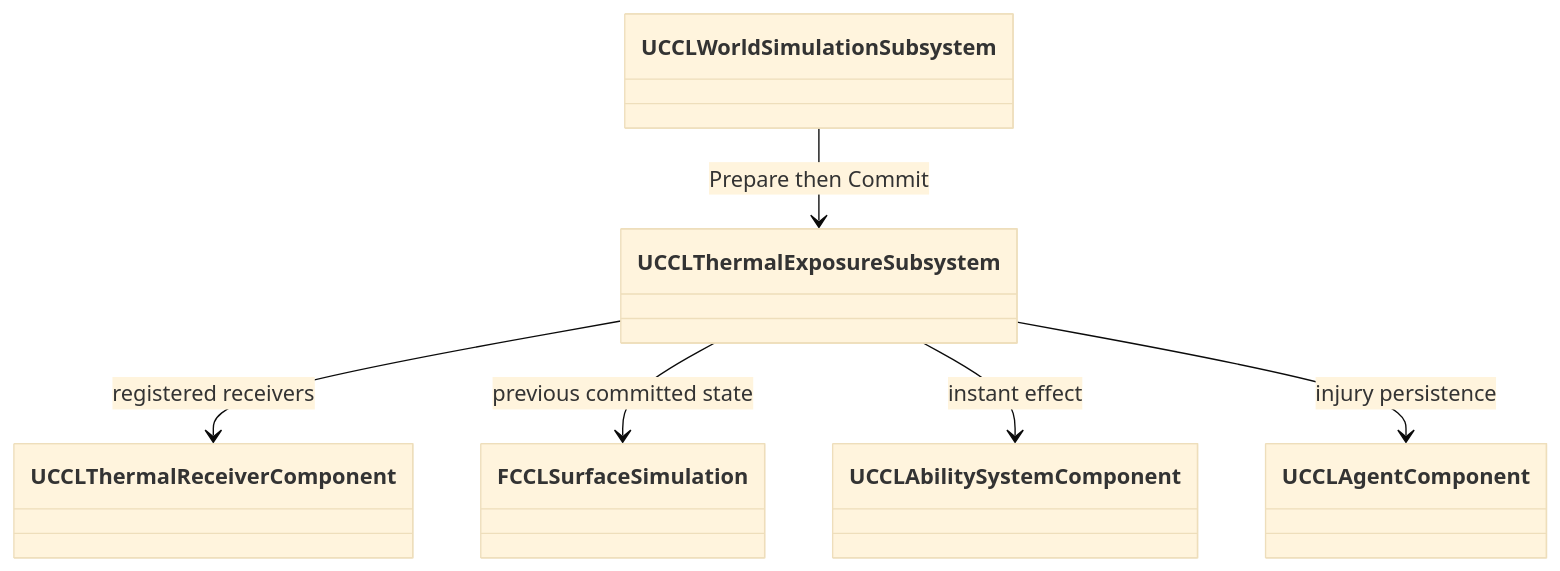
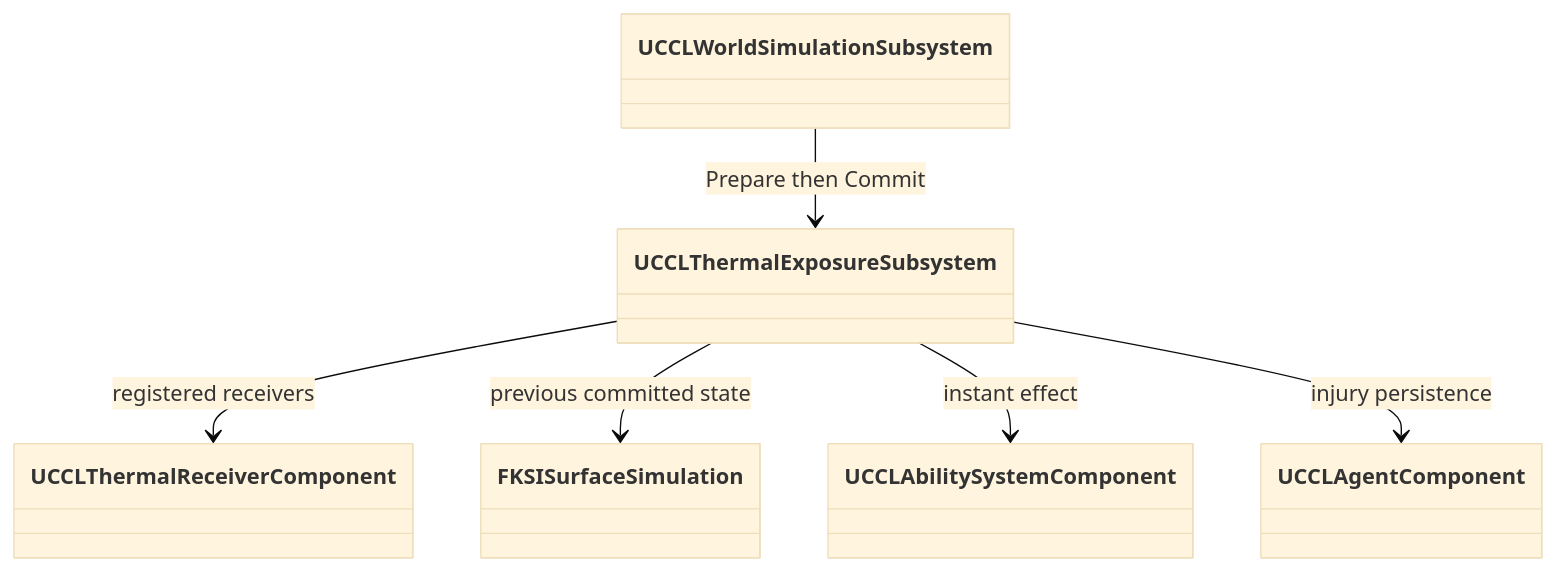
The second of 2 diagrams in Docs/EnvironmentFire.md (kang-sihwon/ccl8), drawn with Mermaid (base theme) before and after one commit. The commit also changed other lines of this file and 6 other files, not shown here.

````diff
--- a/Docs/EnvironmentFire.md
+++ b/Docs/EnvironmentFire.md
@@ -253,8 +251,8 @@
 ```mermaid
 classDiagram
     UCCLWorldSimulationSubsystem --> UCCLThermalExposureSubsystem : Prepare then Commit
     UCCLThermalExposureSubsystem --> UCCLThermalReceiverComponent : registered receivers
-    UCCLThermalExposureSubsystem --> FCCLSurfaceSimulation : previous committed state
+    UCCLThermalExposureSubsystem --> FKSISurfaceSimulation : previous committed state
     UCCLThermalExposureSubsystem --> UCCLAbilitySystemComponent : instant effect
     UCCLThermalExposureSubsystem --> UCCLAgentComponent : injury persistence
 ```
````
